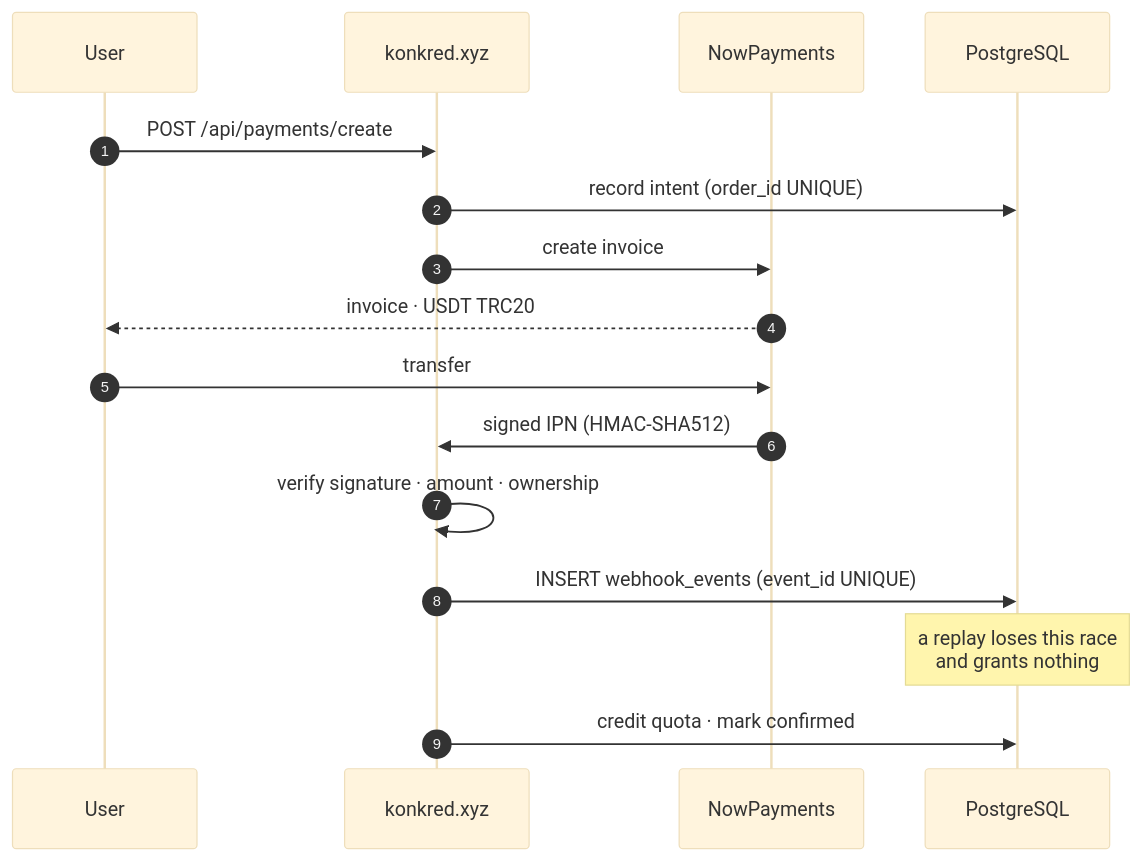
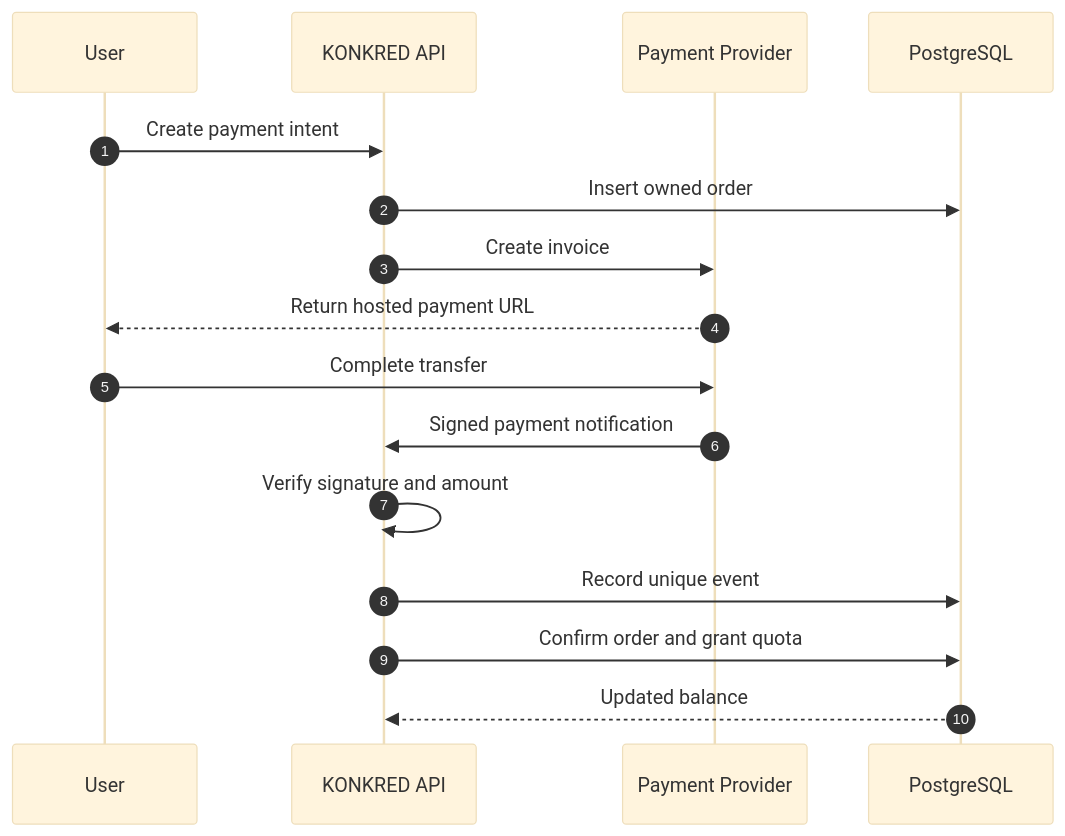
One commit to reARbitRA/konkred_xyz- changed the second of 2 diagrams in README.md. Above: the diagram before and after it, drawn with Mermaid (base theme). The commit also changed other lines of this file, not shown here.

````diff
--- a/README.md
+++ b/README.md
@@ -143,19 +663,19 @@
 ```mermaid
 sequenceDiagram
     autonumber
     participant U as User
-    participant S as konkred.xyz
-    participant N as NowPayments
+    participant K as KONKRED API
+    participant N as Payment Provider
     participant D as PostgreSQL
 
-    U->>S: POST /api/payments/create
-    S->>D: record intent (order_id UNIQUE)
-    S->>N: create invoice
-    N-->>U: invoice · USDT TRC20
-    U->>N: transfer
-    N->>S: signed IPN (HMAC-SHA512)
-    S->>S: verify signature · amount · ownership
-    S->>D: INSERT webhook_events (event_id UNIQUE)
-    Note over D: a replay loses this race<br/>and grants nothing
-    S->>D: credit quota · mark confirmed
+    U->>K: Create payment intent
+    K->>D: Insert owned order
+    K->>N: Create invoice
+    N-->>U: Return hosted payment URL
+    U->>N: Complete transfer
+    N->>K: Signed payment notification
+    K->>K: Verify signature and amount
+    K->>D: Record unique event
+    K->>D: Confirm order and grant quota
+    D-->>K: Updated balance
 ```
````
